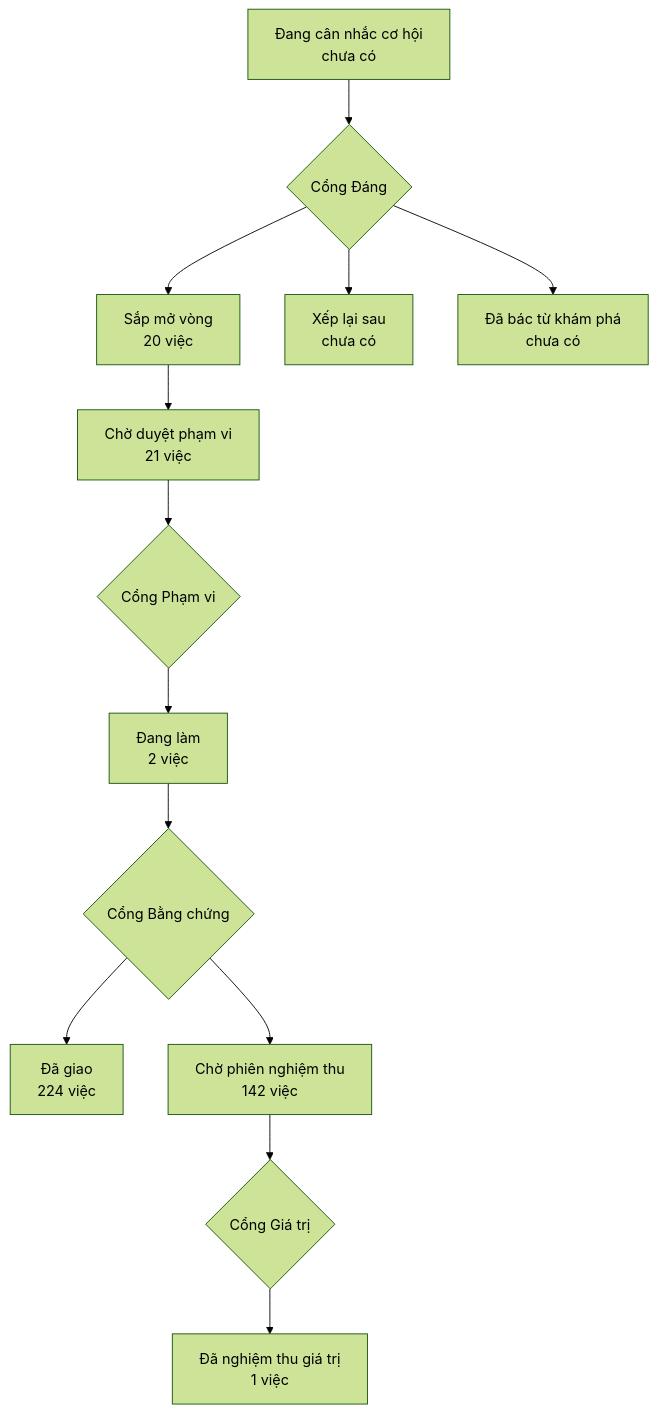
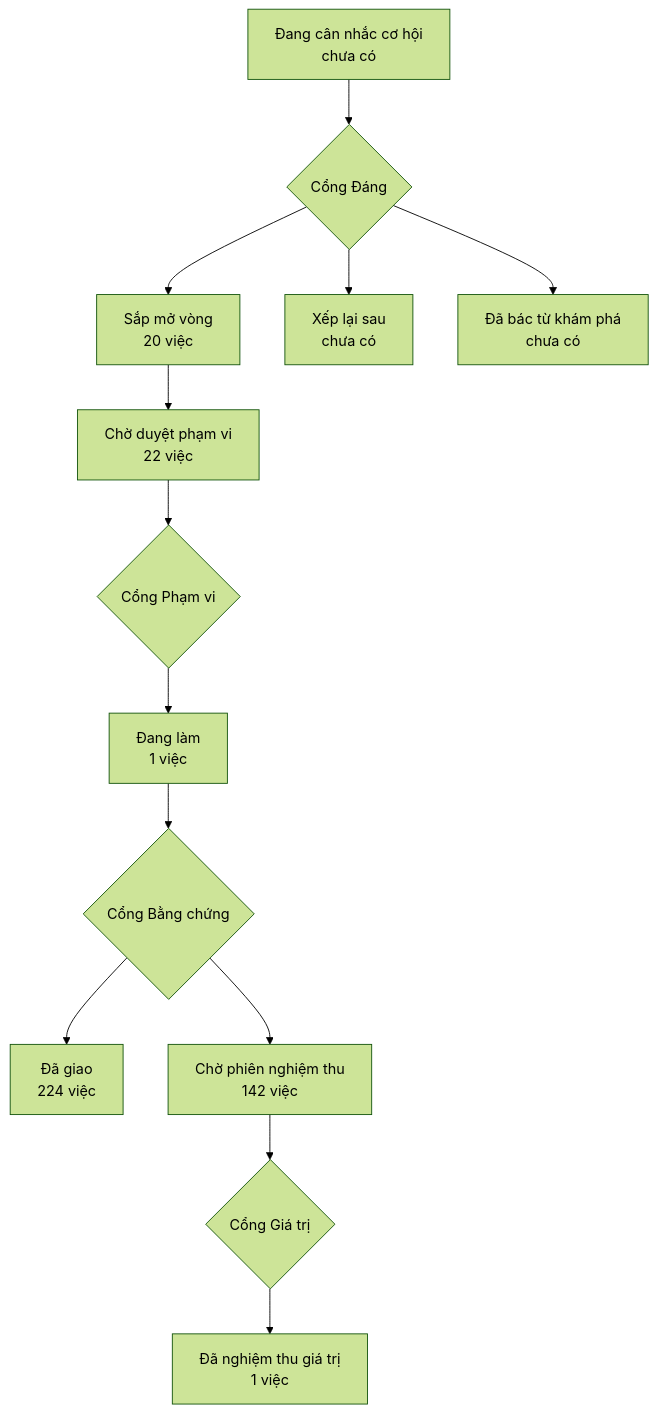
One commit to phanlemanh/onehub-invest changed the diagram in PRODUCT-MAP.md. Above: the diagram before and after it, drawn with Mermaid (forest theme). The commit also changed 6 other files, not shown here.

Commit message:
docs(acceptance): PB3 mở lại Cổng Phạm vi — AC-8 vế (c) chỉ soát tệp data-api PB3 đổi, phần có sẵn in tồn đọng

````diff
--- a/PRODUCT-MAP.md
+++ b/PRODUCT-MAP.md
@@ -7,12 +7,12 @@
 ```mermaid
 flowchart TD
   A["Đang cân nhắc cơ hội<br/>chưa có"] --> GD{"Cổng Đáng"}
   GD --> B["Sắp mở vòng<br/>20 việc"]
   GD --> XL["Xếp lại sau<br/>chưa có"]
   GD --> DB["Đã bác từ khám phá<br/>chưa có"]
-  B --> CD["Chờ duyệt phạm vi<br/>21 việc"] --> GP{"Cổng Phạm vi"}
-  GP --> DL["Đang làm<br/>2 việc"] --> GB{"Cổng Bằng chứng"}
+  B --> CD["Chờ duyệt phạm vi<br/>22 việc"] --> GP{"Cổng Phạm vi"}
+  GP --> DL["Đang làm<br/>1 việc"] --> GB{"Cổng Bằng chứng"}
   GB --> DG["Đã giao<br/>224 việc"]
   GB --> CN["Chờ phiên nghiệm thu<br/>142 việc"] --> GG{"Cổng Giá trị"}
   GG --> NT["Đã nghiệm thu giá trị<br/>1 việc"]
 ```
````
